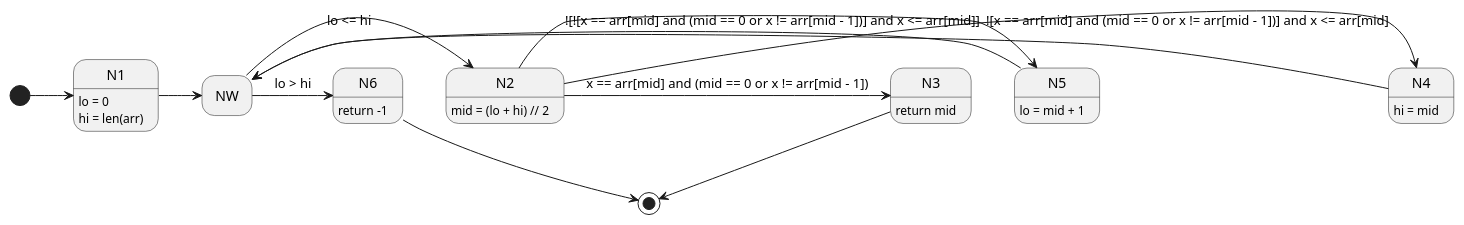
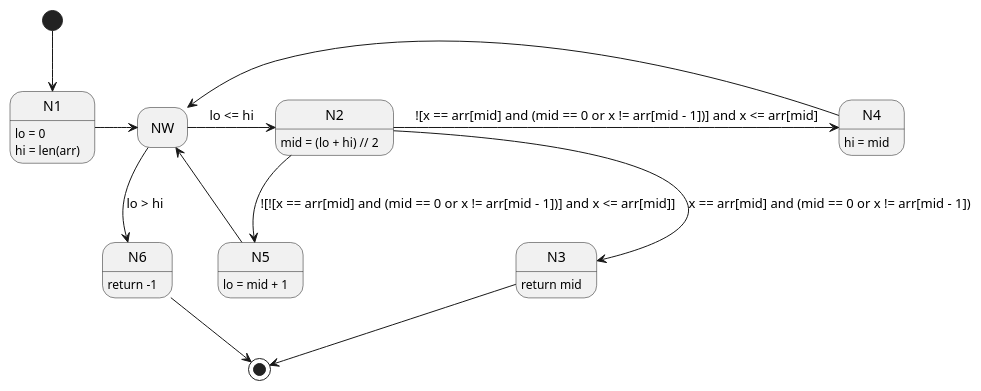
The diagram in graph.plantuml (mohammadrezaabdi/SE_Prj_PH3_Part2), drawn with PlantUML before and after one commit.

Commit message:
update graph

```diff
--- a/graph.plantuml
+++ b/graph.plantuml
@@ -1,33 +1,33 @@
 @startuml SESE_Graph
 hide empty description
 State N1
 State N2
 State N3
 State N4
 State N5
 State N6
 State NW
 ' N7
 
 N1 : lo = 0
 N1 : hi = len(arr)
 N2 : mid = (lo + hi) // 2
 N3 : return mid
 N4 : hi = mid
 N5 : lo = mid + 1
 N6 : return -1
 
-[*] -> N1
+[*] --> N1
 N1 -> NW
 NW -> N2: lo <= hi
-NW -> N6: lo > hi
+NW --> N6: lo > hi
 N4 -> NW
 N5 -> NW
-N2 -> N3 : x == arr[mid] and (mid == 0 or x != arr[mid - 1])
+N2 --> N3 : x == arr[mid] and (mid == 0 or x != arr[mid - 1])
 N2 -> N4 : ![x == arr[mid] and (mid == 0 or x != arr[mid - 1])] and x <= arr[mid]
-N2 -> N5 : ![![x == arr[mid] and (mid == 0 or x != arr[mid - 1])] and x <= arr[mid]]
+N2 --> N5 : ![![x == arr[mid] and (mid == 0 or x != arr[mid - 1])] and x <= arr[mid]]
 N3 --> [*]
 N6 --> [*]
 
 
 @enduml
```
